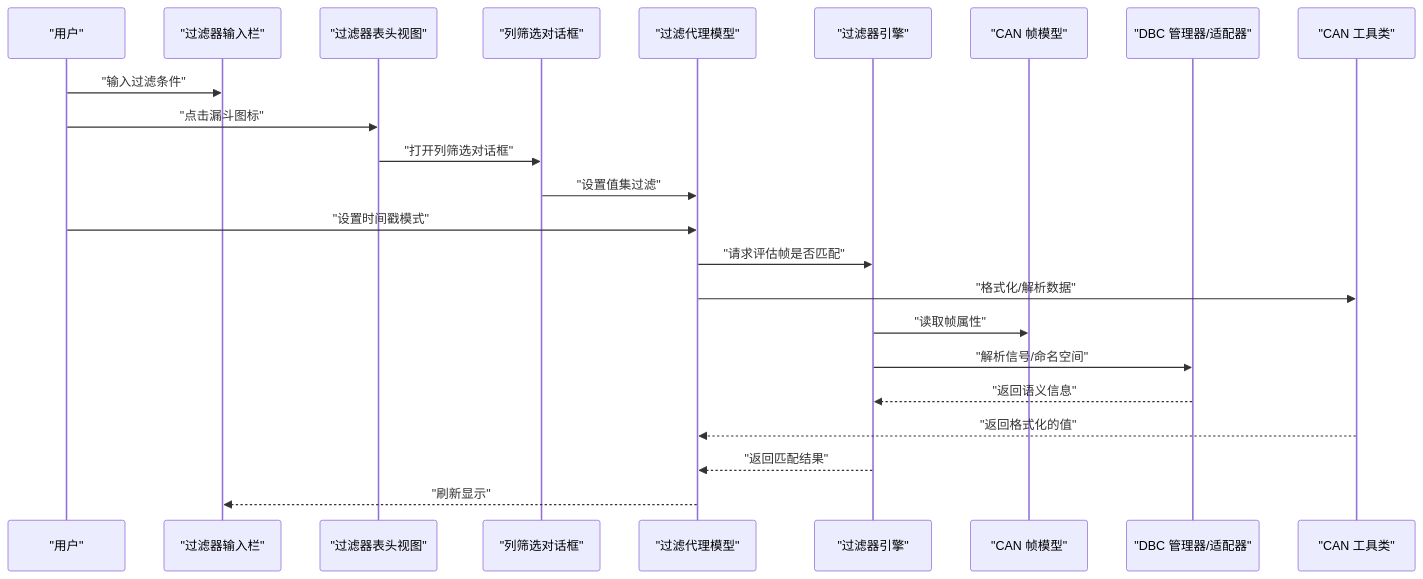
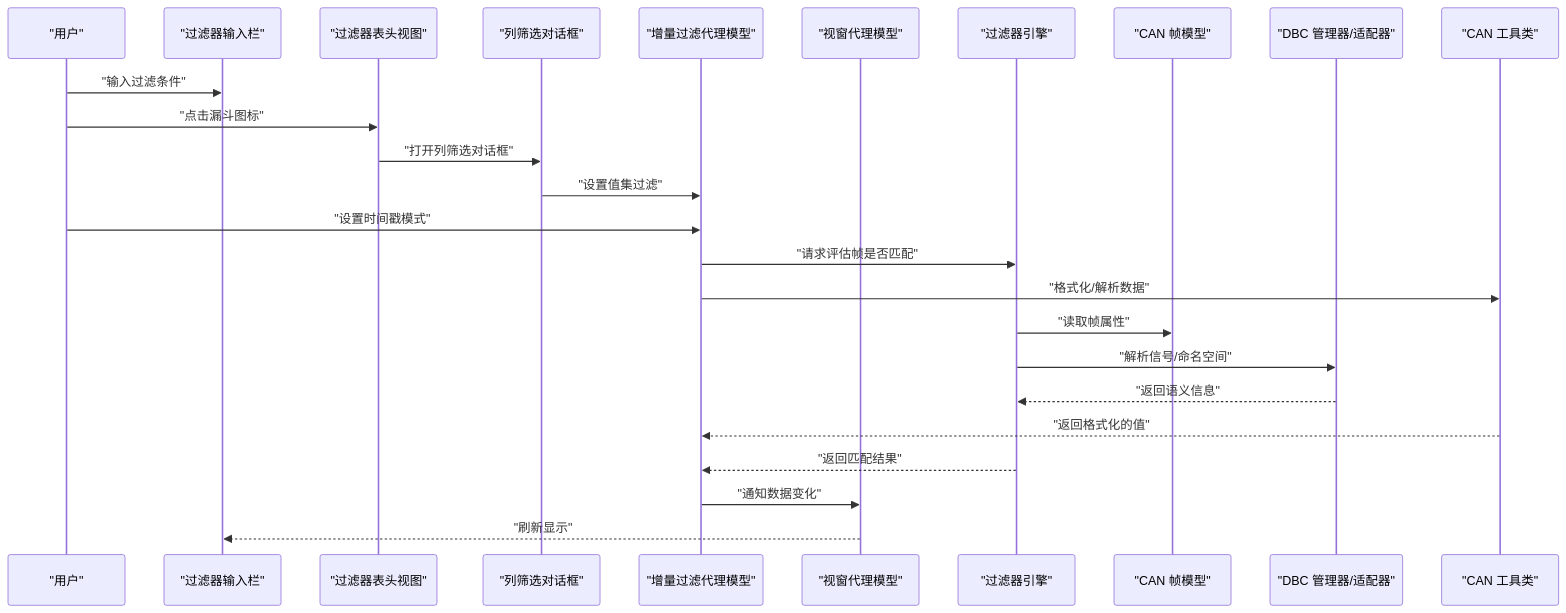
The second of 4 diagrams in .qoder/repowiki/zh/content/核心模块详解/过滤器引擎/过滤器引擎.md (jakecai1225-design/OpenBus), drawn with Mermaid before and after one commit. The commit also changed other lines of this file and 22 other files, not shown here.

Commit message:
trace graphic

````diff
--- a/.qoder/repowiki/zh/content/核心模块详解/过滤器引擎/过滤器引擎.md
+++ b/.qoder/repowiki/zh/content/核心模块详解/过滤器引擎/过滤器引擎.md
@@ -139,25 +148,27 @@
 ```mermaid
 sequenceDiagram
 participant User as "用户"
 participant UI as "过滤器输入栏"
 participant FHV as "过滤器表头视图"
 participant CFP as "列筛选对话框"
-participant Model as "过滤代理模型"
+participant CTPM as "增量过滤代理模型"
+participant VPM as "视窗代理模型"
 participant Engine as "过滤器引擎"
 participant Frame as "CAN 帧模型"
 participant DBC as "DBC 管理器/适配器"
 participant Utils as "CAN 工具类"
 User->>UI : "输入过滤条件"
 User->>FHV : "点击漏斗图标"
 FHV->>CFP : "打开列筛选对话框"
-CFP->>Model : "设置值集过滤"
-User->>Model : "设置时间戳模式"
-Model->>Engine : "请求评估帧是否匹配"
-Model->>Utils : "格式化/解析数据"
+CFP->>CTPM : "设置值集过滤"
+User->>CTPM : "设置时间戳模式"
+CTPM->>Engine : "请求评估帧是否匹配"
+CTPM->>Utils : "格式化/解析数据"
 Engine->>Frame : "读取帧属性"
 Engine->>DBC : "解析信号/命名空间"
 DBC-->>Engine : "返回语义信息"
-Utils-->>Model : "返回格式化的值"
-Engine-->>Model : "返回匹配结果"
-Model-->>UI : "刷新显示"
+Utils-->>CTPM : "返回格式化的值"
+Engine-->>CTPM : "返回匹配结果"
+CTPM->>VPM : "通知数据变化"
+VPM-->>UI : "刷新显示"
 ```
````
